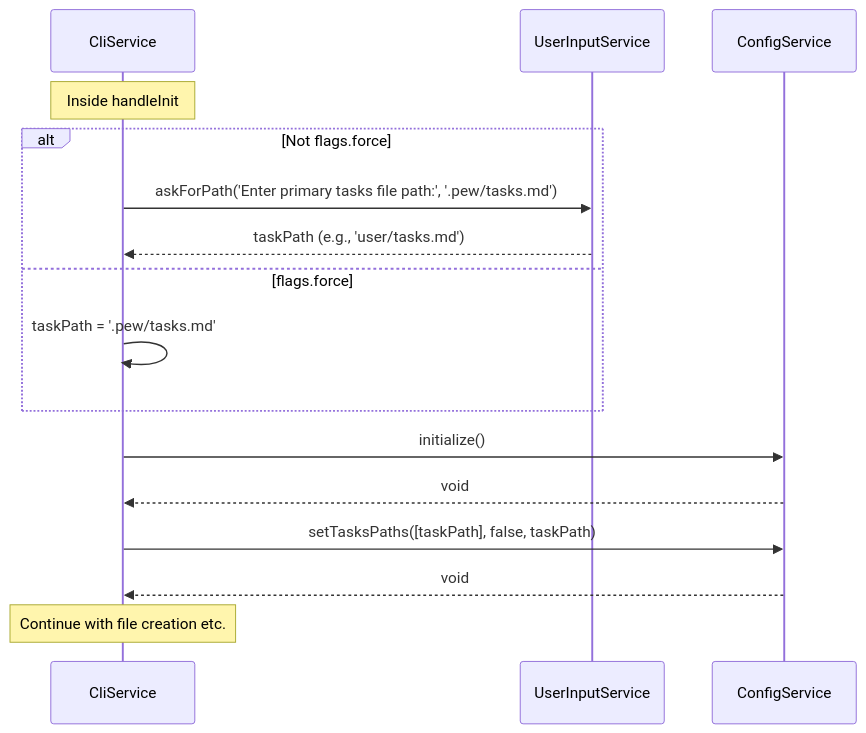
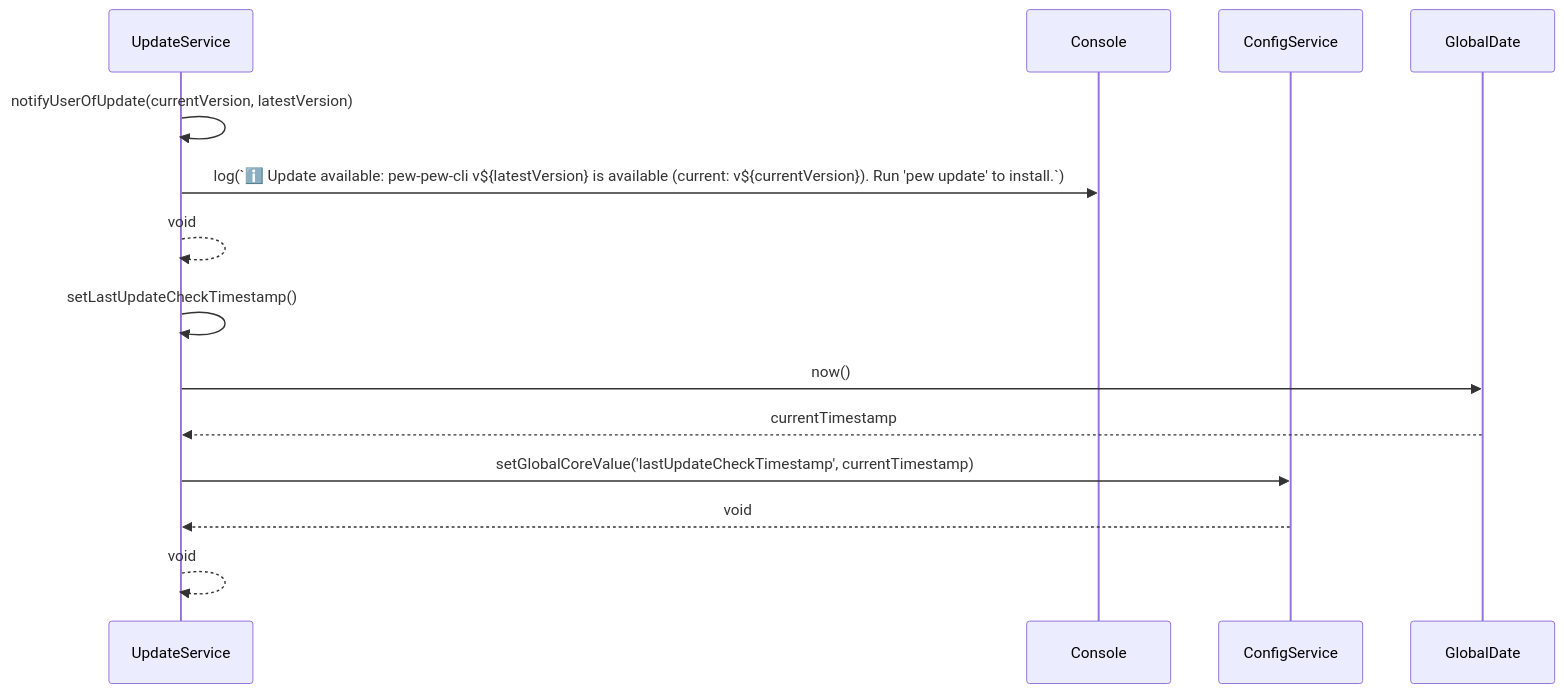
Before and after one commit to ultrawideturbodev/pewPewCLI: the sixth of 9 diagrams in .pew/tasks.md, drawn with Mermaid. The commit also changed other lines of this file and 14 other files, not shown here.

````diff
--- a/.pew/tasks.md
+++ b/.pew/tasks.md
@@ -309,19 +458,18 @@
     ```mermaid
     sequenceDiagram
-        participant CliS as CliService
-        participant UIS as UserInputService
+        participant US as UpdateService
+        participant console as Console
         participant CS as ConfigService
+        participant Date as GlobalDate
 
-        Note over CliS: Inside handleInit
-        alt Not flags.force
-            CliS->>UIS: askForPath('Enter primary tasks file path:', '.pew/tasks.md')
-            UIS-->>CliS: taskPath (e.g., 'user/tasks.md')
-        else flags.force
-            CliS->>CliS: taskPath = '.pew/tasks.md'
-        end
-        CliS->>CS: initialize()
-        CS-->>CliS: void
-        CliS->>CS: setTasksPaths([taskPath], false, taskPath) # Pass taskPath twice
-        CS-->>CliS: void
-        Note over CliS: Continue with file creation etc.
+        US->>US: notifyUserOfUpdate(currentVersion, latestVersion)
+        US->>console: log(`ℹ️ Update available: pew-pew-cli v${latestVersion} is available (current: v${currentVersion}). Run 'pew update' to install.`)
+        US-->>US: void
+
+        US->>US: setLastUpdateCheckTimestamp()
+        US->>Date: now()
+        Date-->>US: currentTimestamp
+        US->>CS: setGlobalCoreValue('lastUpdateCheckTimestamp', currentTimestamp)
+        CS-->>US: void
+        US-->>US: void
     ```
````
